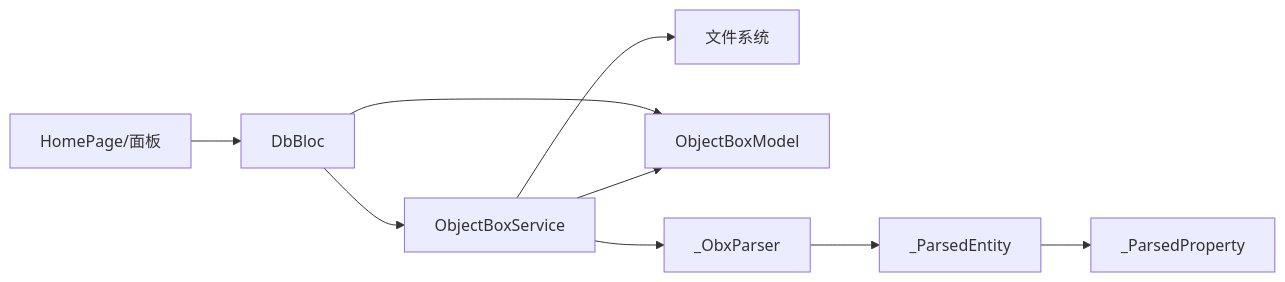
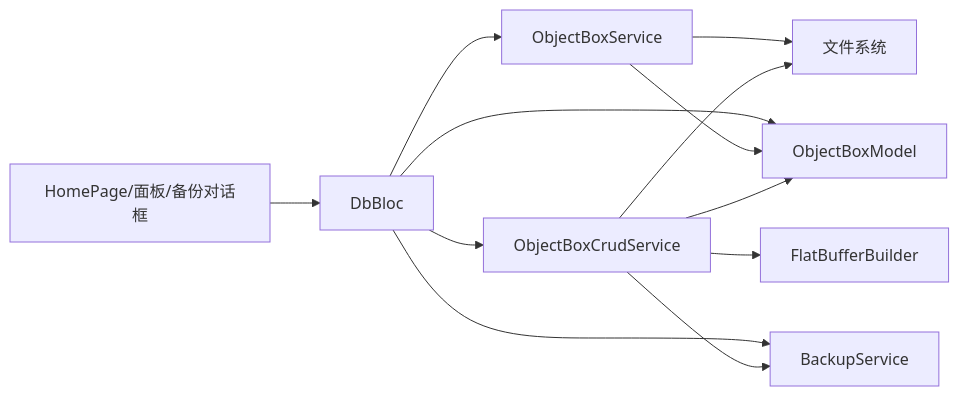
One commit to kongpf8848/objectbox_viewer changed the sixth of 6 diagrams in .qoder/repowiki/zh/content/核心功能/数据库管理.md. Above: the diagram before and after it, drawn with Mermaid. The commit also changed other lines of this file and 19 other files, not shown here.

````diff
--- a/.qoder/repowiki/zh/content/核心功能/数据库管理.md
+++ b/.qoder/repowiki/zh/content/核心功能/数据库管理.md
@@ -285,11 +436,14 @@
 ```mermaid
 graph LR
-UI["HomePage/面板"] --> BLOC["DbBloc"]
+UI["HomePage/面板/备份对话框"] --> BLOC["DbBloc"]
 BLOC --> SVC["ObjectBoxService"]
+BLOC --> CRUD["ObjectBoxCrudService"]
+BLOC --> BACKUP["BackupService"]
 SVC --> FS["文件系统"]
+CRUD --> FS
+CRUD --> FB["FlatBufferBuilder"]
+CRUD --> BACKUP
 BLOC --> MODEL["ObjectBoxModel"]
 SVC --> MODEL
-SVC --> PARSER["_ObxParser"]
-PARSER --> PENTITY["_ParsedEntity"]
-PENTITY --> PPROP["_ParsedProperty"]
+CRUD --> MODEL
 ```
````
